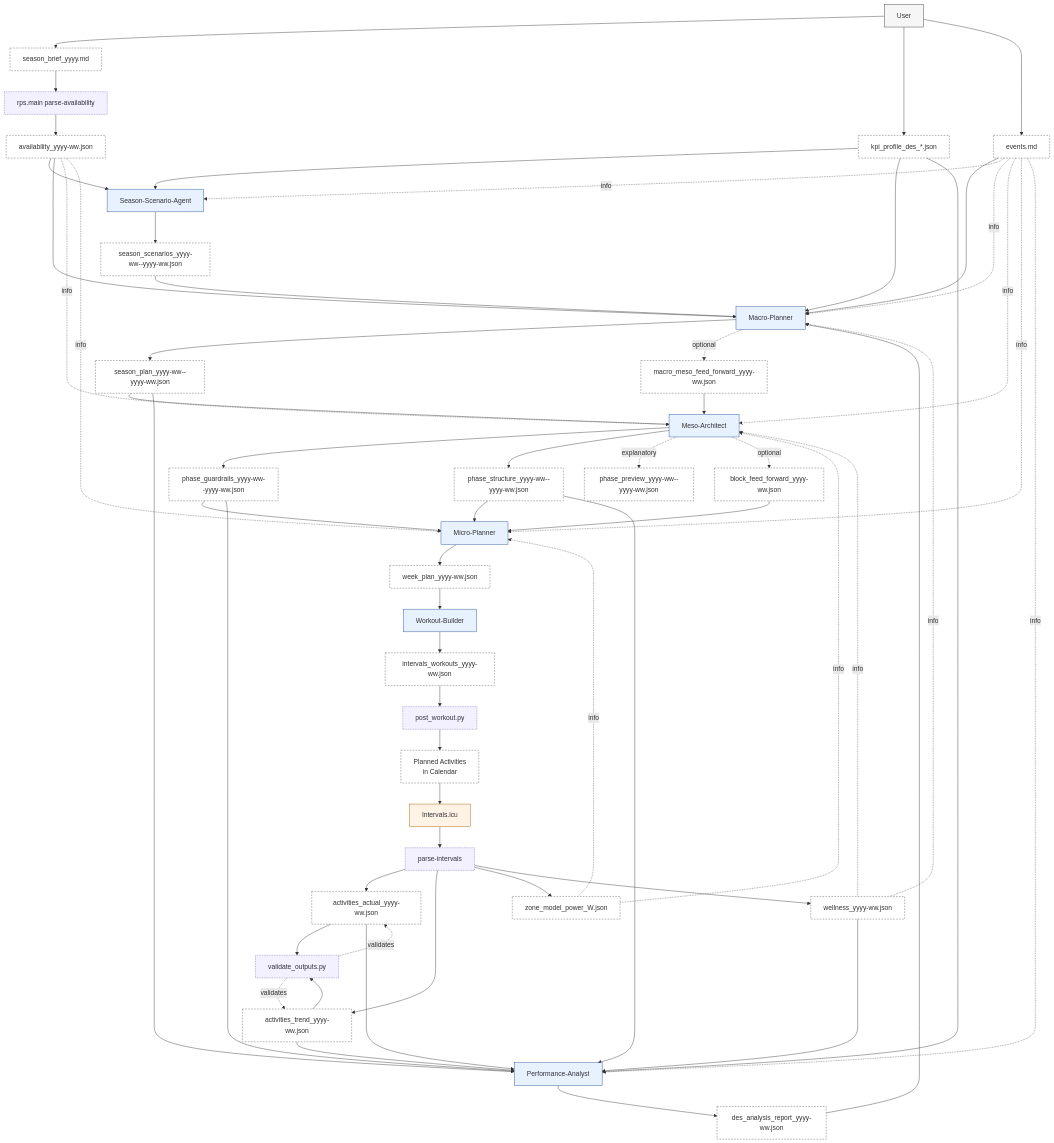
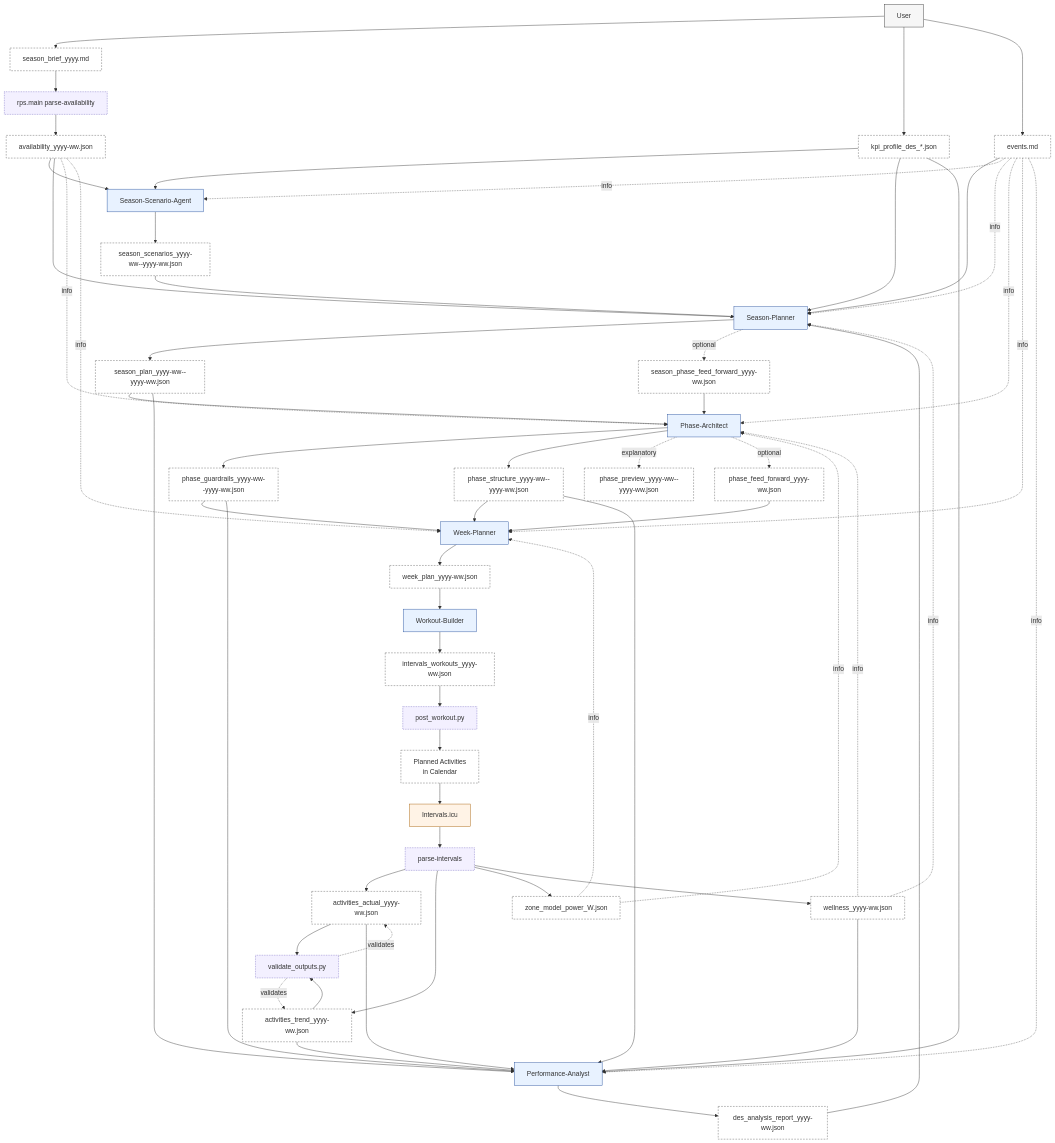
One commit to albauer-priv/RPS changed the first of 8 diagrams in doc/artefact_flow_overview_and_detail.md. Above: the diagram before and after it, drawn with Mermaid. The commit also changed other lines of this file and 148 other files, not shown here.

Commit message:
Finalize season/phase/week renames

```diff
--- a/doc/artefact_flow_overview_and_detail.md
+++ b/doc/artefact_flow_overview_and_detail.md
@@ -14,9 +14,9 @@
   %% Actors / Components
   U[User]:::actor
   SS[Season-Scenario-Agent]:::agent
-  MA[Macro-Planner]:::agent
-  ME[Meso-Architect]:::agent
-  MI[Micro-Planner]:::agent
+  MA[Season-Planner]:::agent
+  ME[Phase-Architect]:::agent
+  MI[Week-Planner]:::agent
   WB[Workout-Builder]:::agent
   PA[Performance-Analyst]:::agent
   I[Intervals.icu]:::external
@@ -32,11 +32,11 @@
   AV[availability_yyyy-ww.json]:::artefact
   SC[season_scenarios_yyyy-ww--yyyy-ww.json]:::artefact
   MO[season_plan_yyyy-ww--yyyy-ww.json]:::artefact
-  MMFF[macro_meso_feed_forward_yyyy-ww.json]:::artefact
+  SPFF[season_phase_feed_forward_yyyy-ww.json]:::artefact
   BG[phase_guardrails_yyyy-ww--yyyy-ww.json]:::artefact
   BEA[phase_structure_yyyy-ww--yyyy-ww.json]:::artefact
   BEP[phase_preview_yyyy-ww--yyyy-ww.json]:::artefact
-  BFF[block_feed_forward_yyyy-ww.json]:::artefact
+  BFF[phase_feed_forward_yyyy-ww.json]:::artefact
   ZM[zone_model_power_<FTP>W.json]:::artefact
   WP[week_plan_yyyy-ww.json]:::artefact
   WJ[intervals_workouts_yyyy-ww.json]:::artefact
@@ -58,7 +58,7 @@
   AV --> MA
 
   MA --> MO --> ME
-  MA -. optional .-> MMFF --> ME
+  MA -. optional .-> SPFF --> ME
 
   ME --> BG --> MI
   ME --> BEA --> MI
```
